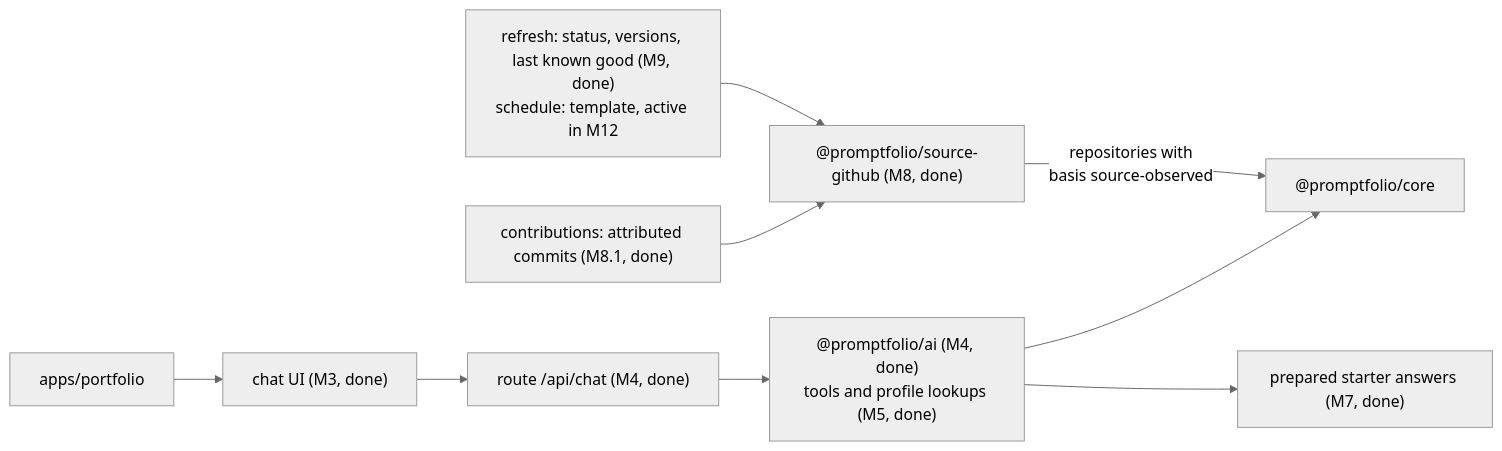
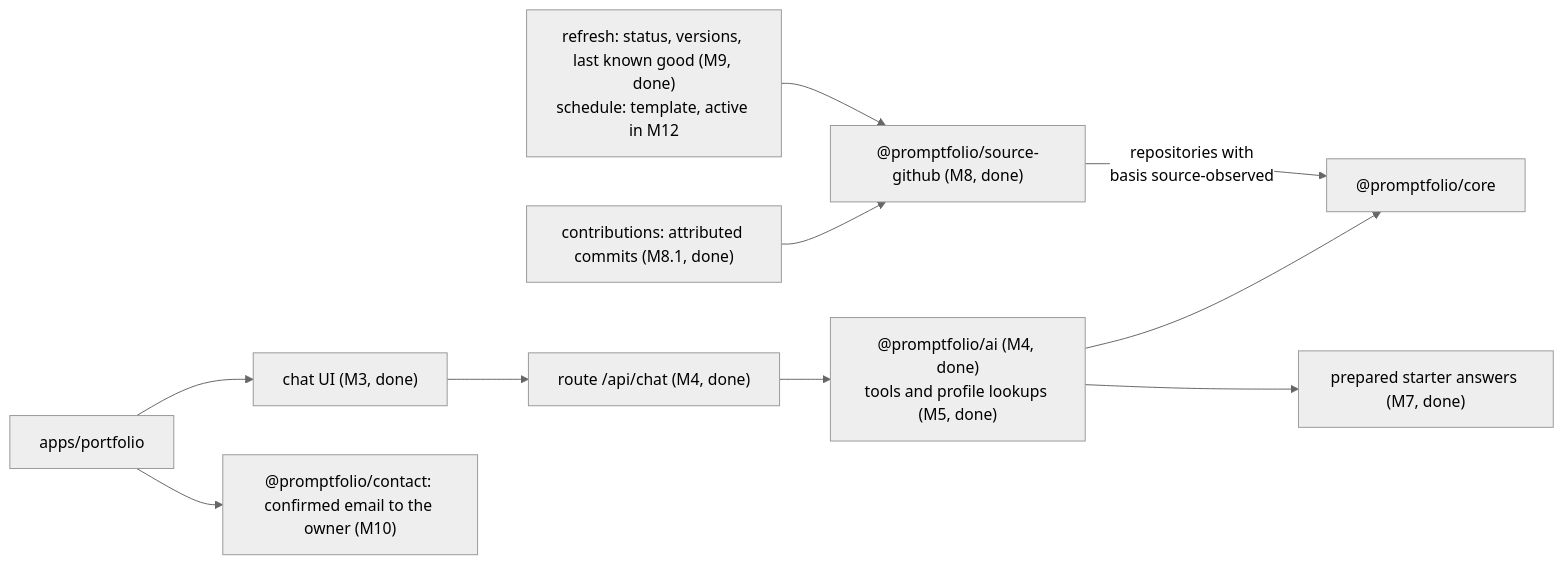
Before and after one commit to promptfolios/promptfolio: the seventh of 7 diagrams in docs/ARCHITECTURE.md, drawn with Mermaid (neutral theme). The commit also changed other lines of this file and 7 other files, not shown here.

````diff
--- a/docs/ARCHITECTURE.md
+++ b/docs/ARCHITECTURE.md
@@ -310,11 +364,12 @@
 ```mermaid
 flowchart LR
     app["apps/portfolio"] --> ui["chat UI (M3, done)"]
     ui --> route["route /api/chat (M4, done)"]
     route --> ai["@promptfolio/ai (M4, done)<br/>tools and profile lookups (M5, done)"]
     ai --> core["@promptfolio/core"]
     ai --> prepared["prepared starter answers (M7, done)"]
     github["@promptfolio/source-github (M8, done)"] -- "repositories with<br/>basis source-observed" --> core
     contributions["contributions: attributed commits (M8.1, done)"] --> github
     refresh["refresh: status, versions, last known good (M9, done)<br/>schedule: template, active in M12"] --> github
+    app --> contact["@promptfolio/contact: confirmed email to the owner (M10)"]
 ```
````
